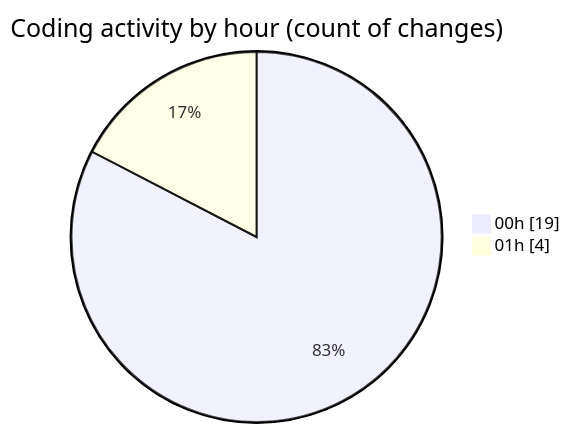
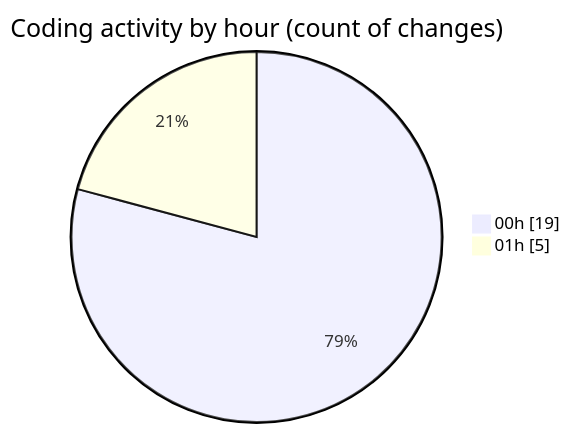
The second of 2 diagrams in 2025-02-14/elitegpt/README.md (Elitesun/code-tracking), drawn with Mermaid before and after one commit. The commit also changed other lines of this file and 1 other file, not shown here.

````diff
--- a/2025-02-14/elitegpt/README.md
+++ b/2025-02-14/elitegpt/README.md
@@ -32,6 +32,6 @@
 ```mermaid
 pie showData
 title Coding activity by hour (count of changes)
 "00h" : 19
-"01h" : 4
+"01h" : 5
 ```
````
